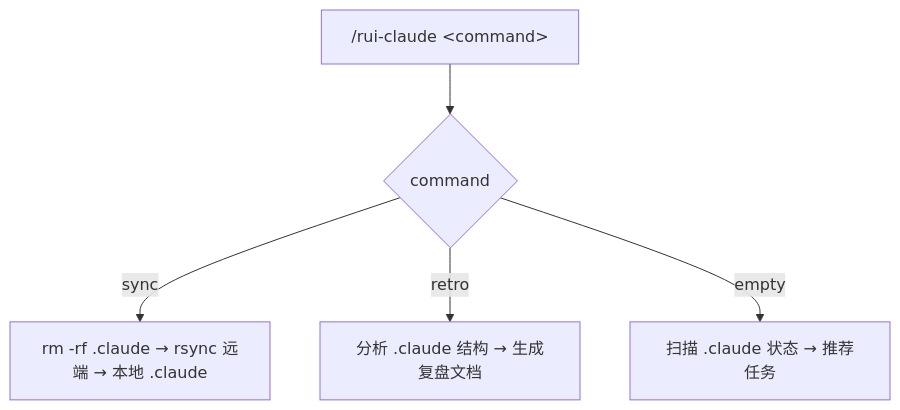
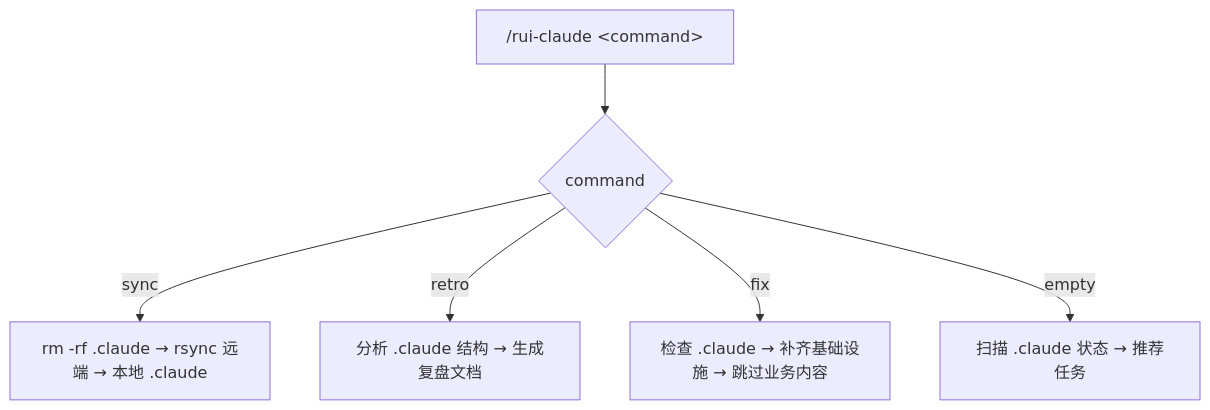
Before and after one commit to effiy/YrY: the first of 4 diagrams in skills/rui-claude/SKILL.md, drawn with Mermaid. The commit also changed other lines of this file and 5 other files, not shown here.

````diff
--- a/skills/rui-claude/SKILL.md
+++ b/skills/rui-claude/SKILL.md
@@ -10,7 +10,8 @@
 ```mermaid
 flowchart TD
     USER["/rui-claude &lt;command&gt;"] --> ROUTE{command}
     ROUTE -->|sync| SYNC["rm -rf .claude → rsync 远端 → 本地 .claude"]
     ROUTE -->|retro| RETRO["分析 .claude 结构 → 生成复盘文档"]
+    ROUTE -->|fix| FIX["检查 .claude → 补齐基础设施 → 跳过业务内容"]
     ROUTE -->|empty| RECOMMEND["扫描 .claude 状态 → 推荐任务"]
 ```
````
